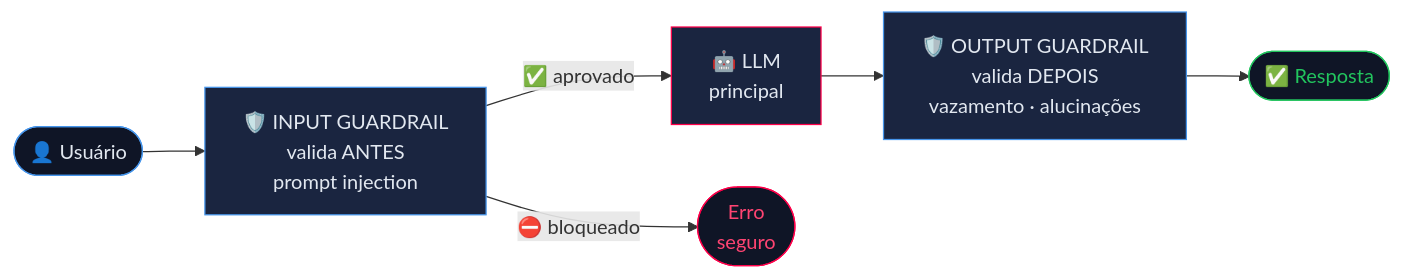
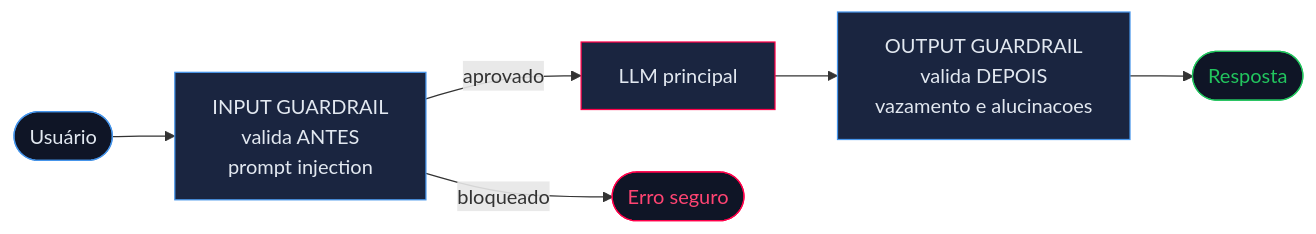
Before and after one commit to rodrigoprestesmachado/ai: the diagram in docs/06guardrails/slides/slides.md, drawn with Mermaid. The commit also changed 2 other files, not shown here.

Commit message:
Update guardrails documentation for improved clarity and consistency. Adjust Mermaid diagram formatting for better readability and modify initialization settings for Mermaid.js to enhance performance.

````diff
--- a/docs/06guardrails/slides/slides.md
+++ b/docs/06guardrails/slides/slides.md
@@ -93,15 +93,14 @@
 ```mermaid
 flowchart LR
-    U(["👤 Usuário"]) --> IG
-    IG["🛡️ INPUT GUARDRAIL\nvalida ANTES\nprompt injection"]
-    IG -->|"✅ aprovado"| LLM["🤖 LLM\nprincipal"]
-    IG -->|"⛔ bloqueado"| E(["Erro\nseguro"])
-    LLM --> OG["🛡️ OUTPUT GUARDRAIL\nvalida DEPOIS\nvazamento · alucinações"]
-    OG --> R(["✅ Resposta"])
+    U(["Usuário"]) --> IG["INPUT GUARDRAIL\nvalida ANTES\nprompt injection"]
+    IG -->|aprovado| LLM["LLM principal"]
+    IG -->|bloqueado| E(["Erro seguro"])
+    LLM --> OG["OUTPUT GUARDRAIL\nvalida DEPOIS\nvazamento e alucinacoes"]
+    OG --> R(["Resposta"])
     style IG fill:#1a2540,stroke:#4695eb,color:#e2e8f0
     style OG fill:#1a2540,stroke:#4695eb,color:#e2e8f0
     style LLM fill:#1a2540,stroke:#ff004a,color:#e2e8f0
     style U fill:#0f1526,stroke:#4695eb,color:#e2e8f0
     style R fill:#0f1526,stroke:#22c55e,color:#22c55e
     style E fill:#0f1526,stroke:#ff004a,color:#ff4472
 ```
````
